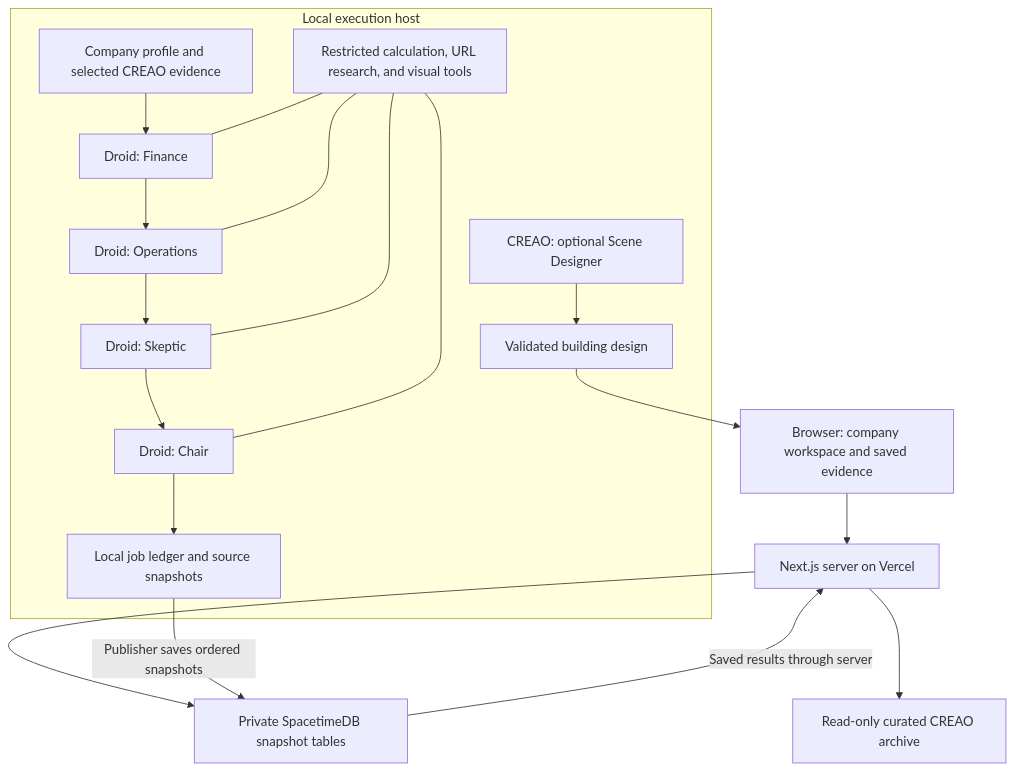
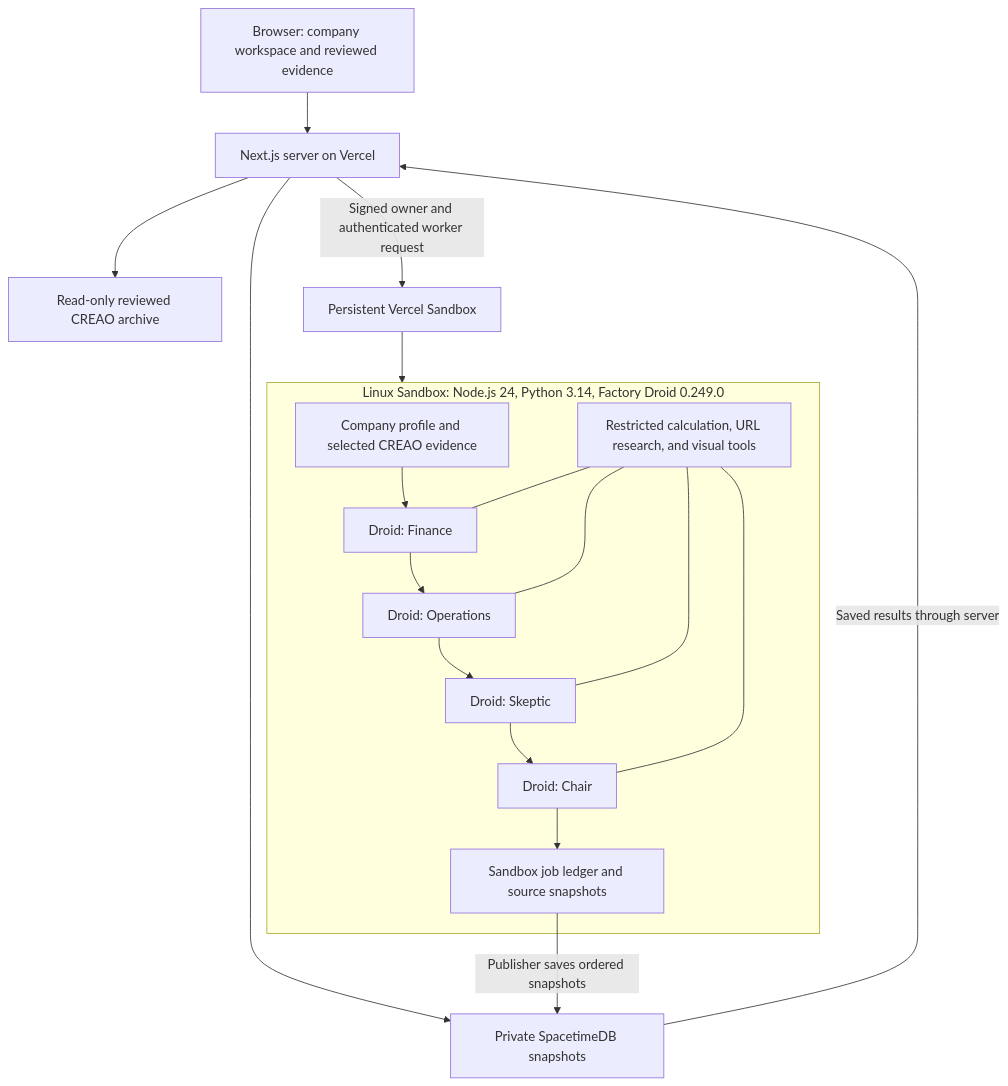
The second of 2 diagrams in README.md (ericmxf17/calhacks13), drawn with Mermaid before and after one commit. The commit also changed other lines of this file and 15 other files, not shown here.

Commit message:
fix: enable private live council chat through Vercel Sandbox

````diff
--- a/README.md
+++ b/README.md
@@ -47,21 +47,21 @@
 ```mermaid
 flowchart TD
-    Browser["Browser: company workspace and saved evidence"] --> Web["Next.js server on Vercel"]
-    Web --> Curated["Read-only curated CREAO archive"]
-    Web --> Archive["Private SpacetimeDB snapshot tables"]
-    subgraph Local["Local execution host"]
+    Browser["Browser: company workspace and reviewed evidence"] --> Web["Next.js server on Vercel"]
+    Web --> Curated["Read-only reviewed CREAO archive"]
+    Web --> Archive["Private SpacetimeDB snapshots"]
+    Web -->|"Signed owner and authenticated worker request"| Sandbox["Persistent Vercel Sandbox"]
+    subgraph Runner["Linux Sandbox: Node.js 24, Python 3.14, Factory Droid 0.249.0"]
         Sources["Company profile and selected CREAO evidence"] --> Finance["Droid: Finance"]
         Finance --> Operations["Droid: Operations"]
         Operations --> Skeptic["Droid: Skeptic"]
         Skeptic --> Chair["Droid: Chair"]
         Tools["Restricted calculation, URL research, and visual tools"] --- Finance
         Tools --- Operations
         Tools --- Skeptic
         Tools --- Chair
-        Chair --> Ledger["Local job ledger and source snapshots"]
-        Designer["CREAO: optional Scene Designer"] --> Scene["Validated building design"]
+        Chair --> Ledger["Sandbox job ledger and source snapshots"]
     end
+    Sandbox --> Runner
     Ledger -->|"Publisher saves ordered snapshots"| Archive
-    Scene --> Browser
     Archive -->|"Saved results through server"| Web
 ```
````
